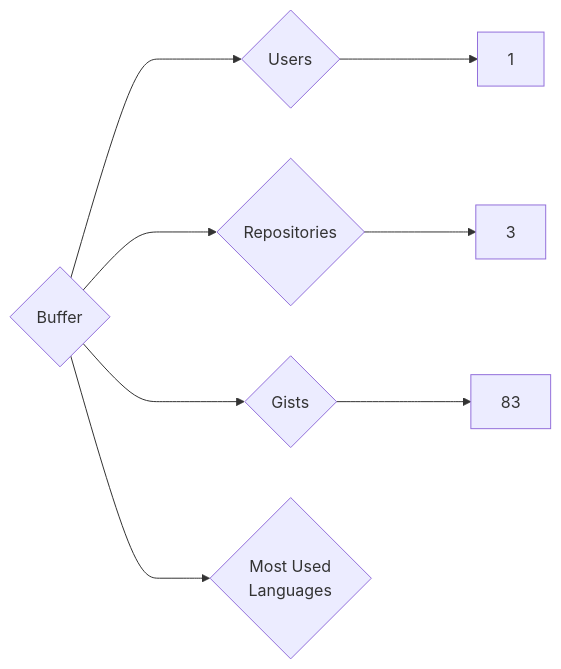
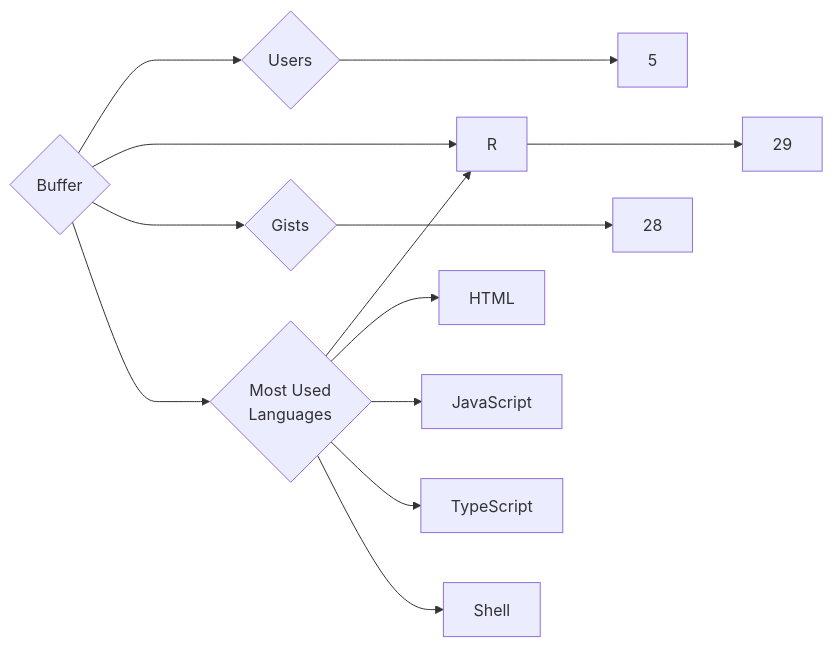
Before and after one commit to trickest/insiders: the diagram in targets/Buffer/README.md, drawn with Mermaid. The commit also changed 873 other files, not shown here.

````diff
--- a/targets/Buffer/README.md
+++ b/targets/Buffer/README.md
@@ -3,8 +3,13 @@
 ```mermaid
 graph LR
 COMPANY_NAME{Buffer}
-COMPANY_NAME ---> U{Users} ---> UN[1]
-COMPANY_NAME ---> R{Repositories} ---> RN[3]
-COMPANY_NAME ---> G{Gists} ---> GN[83]
+COMPANY_NAME ---> U{Users} ---> UN[5]
+COMPANY_NAME ---> R{Repositories} ---> RN[29]
+COMPANY_NAME ---> G{Gists} ---> GN[28]
 COMPANY_NAME ---> ML{Most Used<br>Languages}
+ML --> R[R]
+ML --> HTML[HTML]
+ML --> JavaScript[JavaScript]
+ML --> TypeScript[TypeScript]
+ML --> Shell[Shell]
 ```
````
